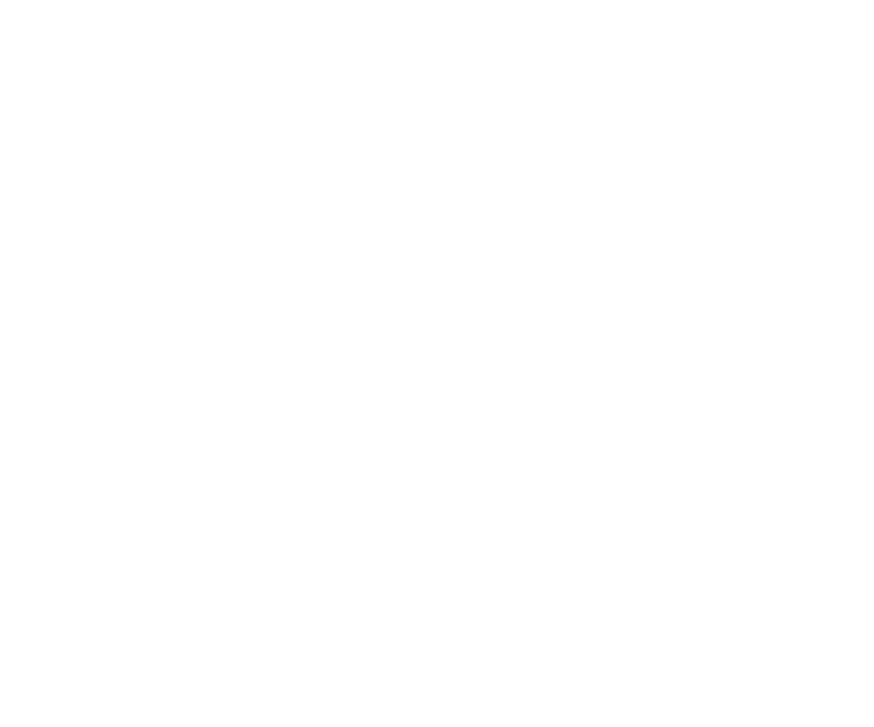
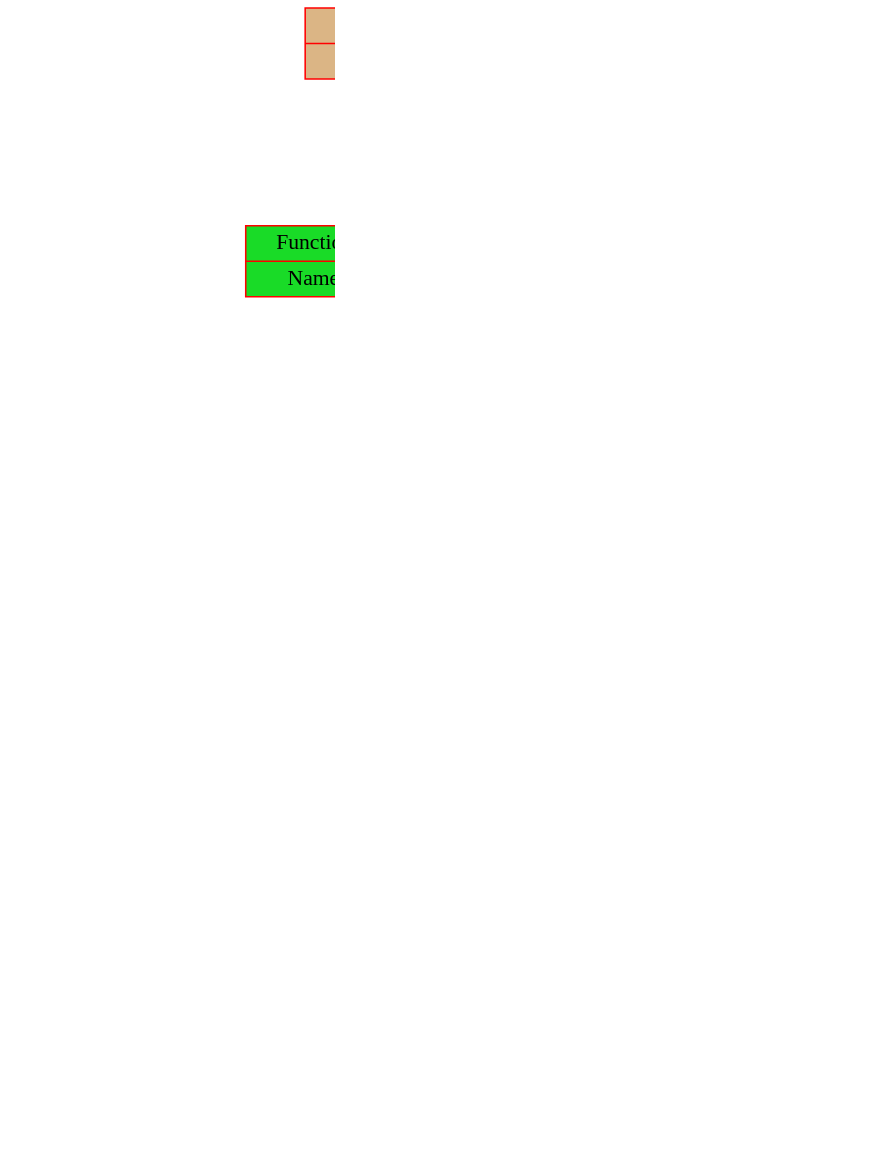
The diagram in data/graph.dot (dodokek/ProgrammingLanguage), drawn with Graphviz before and after one commit. The commit also changed 5 other files, not shown here.

```diff
--- a/data/graph.dot
+++ b/data/graph.dot
@@ -1,34 +1,43 @@
 
     digraph g {
         dpi      = 200;
         fontname = "Comic Sans MS";
         fontsize = 20;
         rankdir   =  TB;
         edge [color = darkgrey, arrowhead = onormal, arrowsize = 1, penwidth = 1.2]
         graph[fillcolor = lightgreen, ranksep = 1.3, nodesep = 0.5,
         style = "rounded, filled",color = green, penwidth = 2]
 
-    Node000001f933db1930[shape=record, width=0.2, style="filled", color="red", fillcolor="#DBB585",label=" {Type: operation | value: Statement}"] 
+    Node0000024e3de46670[shape=record, width=0.2, style="filled", color="red", fillcolor="#DBB585",label=" {Type: operation | value: Function declaration}"] 
  
-Node000001f933db1900[shape=record, width=0.2, style="filled", color="red", fillcolor="#DBB585",label=" {Type: operation | value: if}"] 
+Node0000024e3de41c50[shape=record, width=0.2, style="filled", color="red", fillcolor="#19DB27",label=" {Function name |Name: main}"] 
  
-Node000001f933db1840[shape=record, width=0.2, style="filled", color="red", fillcolor="#DBB585",label=" {Type: operation | value: ==}"] 
+Node0000024e3de41c80[shape=record, width=0.2, style="filled", color="red", fillcolor="#DBB585",label=" {Type: operation | value: Parametr}"] 
  
-Node000001f933db17e0[shape=record, width=0.2, style="filled", color="red", fillcolor="#DB8E21",label=" {Type: number | value: 2}"] 
+Node0000024e3de41cb0[shape=record, width=0.2, style="filled", color="red", fillcolor="#DB8E21",label=" {Type: number | value: 1}"] 
  
-Node000001f933db1810[shape=record, width=0.2, style="filled", color="red", fillcolor="#19DB27",label=" {Type: variable | value: X}"] 
+Node0000024e3de41ce0[shape=record, width=0.2, style="filled", color="red", fillcolor="#DBB585",label=" {Type: operation | value: Parametr}"] 
  
-Node000001f933db18d0[shape=record, width=0.2, style="filled", color="red", fillcolor="#DBB585",label=" {Type: operation | value: elsssse}"] 
+Node0000024e3de41d40[shape=record, width=0.2, style="filled", color="red", fillcolor="#DBB585",label=" {Type: operation | value: Var}"] 
  
-Node000001f933db1870[shape=record, width=0.2, style="filled", color="red", fillcolor="#DB8E21",label=" {Type: number | value: 1}"] 
+Node0000024e3de41d10[shape=record, width=0.2, style="filled", color="red", fillcolor="#19DB27",label=" {Type: variable | value: X}"] 
  
-Node000001f933db18a0[shape=record, width=0.2, style="filled", color="red", fillcolor="#DB8E21",label=" {Type: number | value: 2}"] 
+Node0000024e3de46640[shape=record, width=0.2, style="filled", color="red", fillcolor="#DBB585",label=" {Type: operation | value: Statement}"] 
  
-Node000001f933db1930->Node000001f933db1900
-Node000001f933db1900->Node000001f933db1840
-Node000001f933db1840->Node000001f933db17e0
-Node000001f933db1840->Node000001f933db1810
-Node000001f933db1900->Node000001f933db18d0
-Node000001f933db18d0->Node000001f933db1870
-Node000001f933db18d0->Node000001f933db18a0
+Node0000024e3de46610[shape=record, width=0.2, style="filled", color="red", fillcolor="#DBB585",label=" {Type: operation | value: IS_GE}"] 
+ 
+Node0000024e3de41d70[shape=record, width=0.2, style="filled", color="red", fillcolor="#19DB27",label=" {Type: variable | value: X}"] 
+ 
+Node0000024e3de41da0[shape=record, width=0.2, style="filled", color="red", fillcolor="#DB8E21",label=" {Type: number | value: 123}"] 
+ 
+Node0000024e3de46670->Node0000024e3de41c50
+Node0000024e3de41c50->Node0000024e3de41c80
+Node0000024e3de41c80->Node0000024e3de41cb0
+Node0000024e3de41c80->Node0000024e3de41ce0
+Node0000024e3de41ce0->Node0000024e3de41d40
+Node0000024e3de41d40->Node0000024e3de41d10
+Node0000024e3de46670->Node0000024e3de46640
+Node0000024e3de46640->Node0000024e3de46610
+Node0000024e3de46610->Node0000024e3de41d70
+Node0000024e3de46610->Node0000024e3de41da0
 }
```
